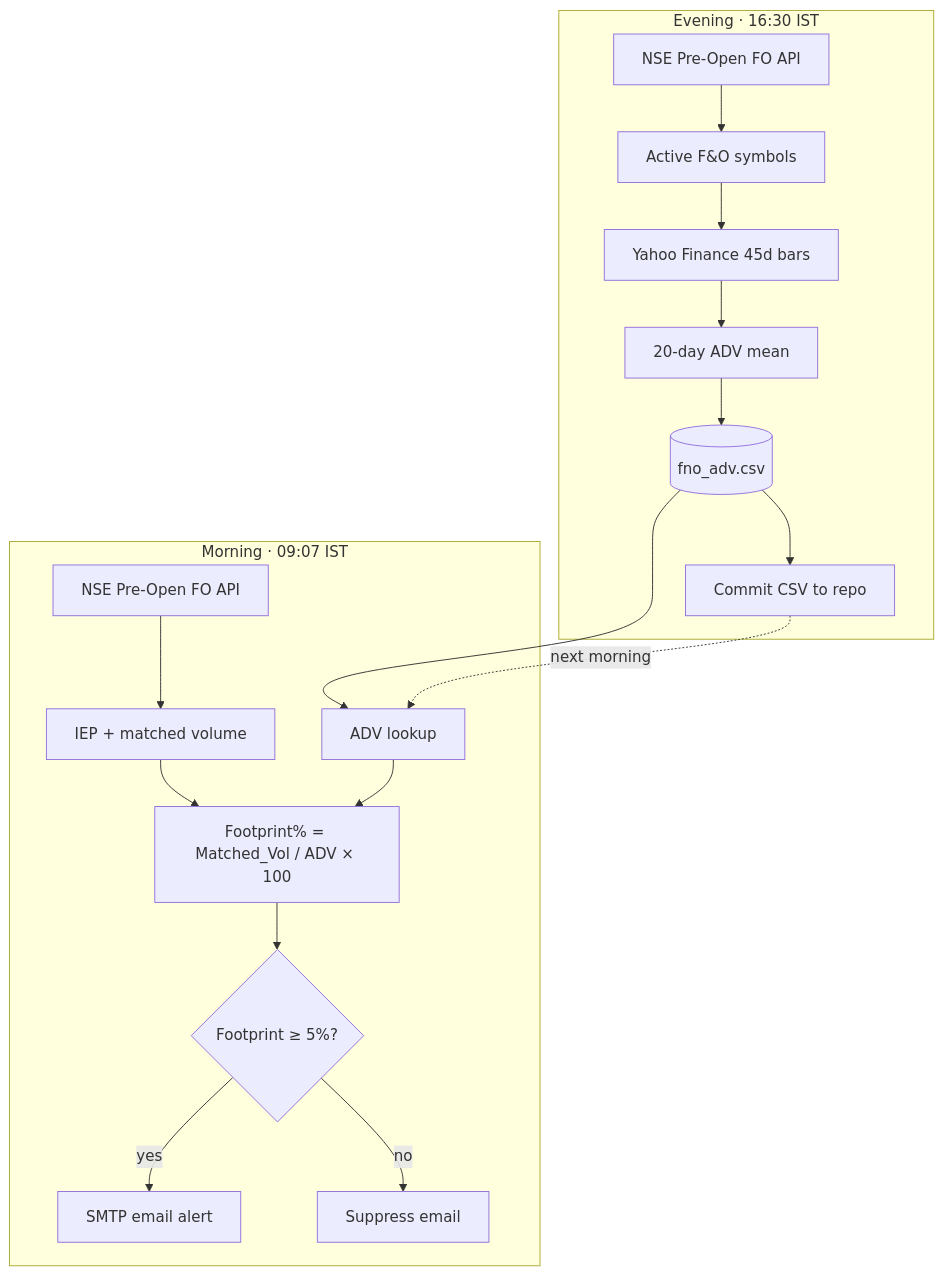
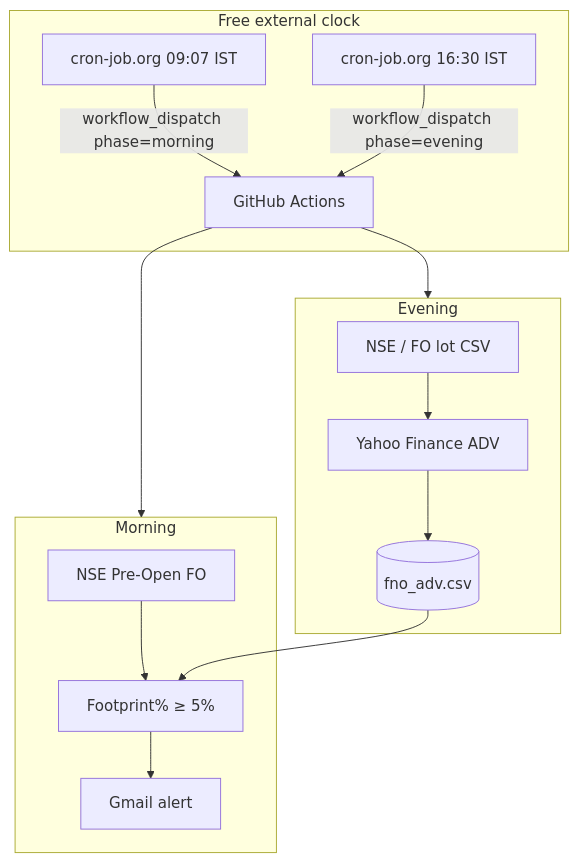
Before and after one commit to chaitanyajerripothula/trade_bot: the diagram in README.md, drawn with Mermaid. The commit also changed other lines of this file and 3 other files, not shown here.

First line of the commit message:
Fix late runs: external cron via workflow_dispatch

````diff
--- a/README.md
+++ b/README.md
@@ -7,22 +71,21 @@
 ```mermaid
 flowchart TB
-  subgraph evening ["Evening · 16:30 IST"]
-    A[NSE Pre-Open FO API] --> B[Active F&O symbols]
-    B --> C[Yahoo Finance 45d bars]
-    C --> D["20-day ADV mean"]
-    D --> E[(fno_adv.csv)]
-    E --> F[Commit CSV to repo]
+  subgraph clock ["Free external clock"]
+    C1[cron-job.org 09:07 IST] -->|workflow_dispatch phase=morning| GH[GitHub Actions]
+    C2[cron-job.org 16:30 IST] -->|workflow_dispatch phase=evening| GH
   end
 
-  subgraph morning ["Morning · 09:07 IST"]
-    G[NSE Pre-Open FO API] --> H[IEP + matched volume]
-    E --> I[ADV lookup]
-    H --> J["Footprint% = Matched_Vol / ADV × 100"]
-    I --> J
-    J --> K{Footprint ≥ 5%?}
-    K -->|yes| L[SMTP email alert]
-    K -->|no| M[Suppress email]
+  subgraph evening ["Evening"]
+    A[NSE / FO lot CSV] --> B[Yahoo Finance ADV]
+    B --> E[(fno_adv.csv)]
   end
 
-  F -.->|next morning| I
+  subgraph morning ["Morning"]
+    G[NSE Pre-Open FO] --> J["Footprint% ≥ 5%"]
+    E --> J
+    J --> L[Gmail alert]
+  end
+
+  GH --> evening
+  GH --> morning
 ```
````
